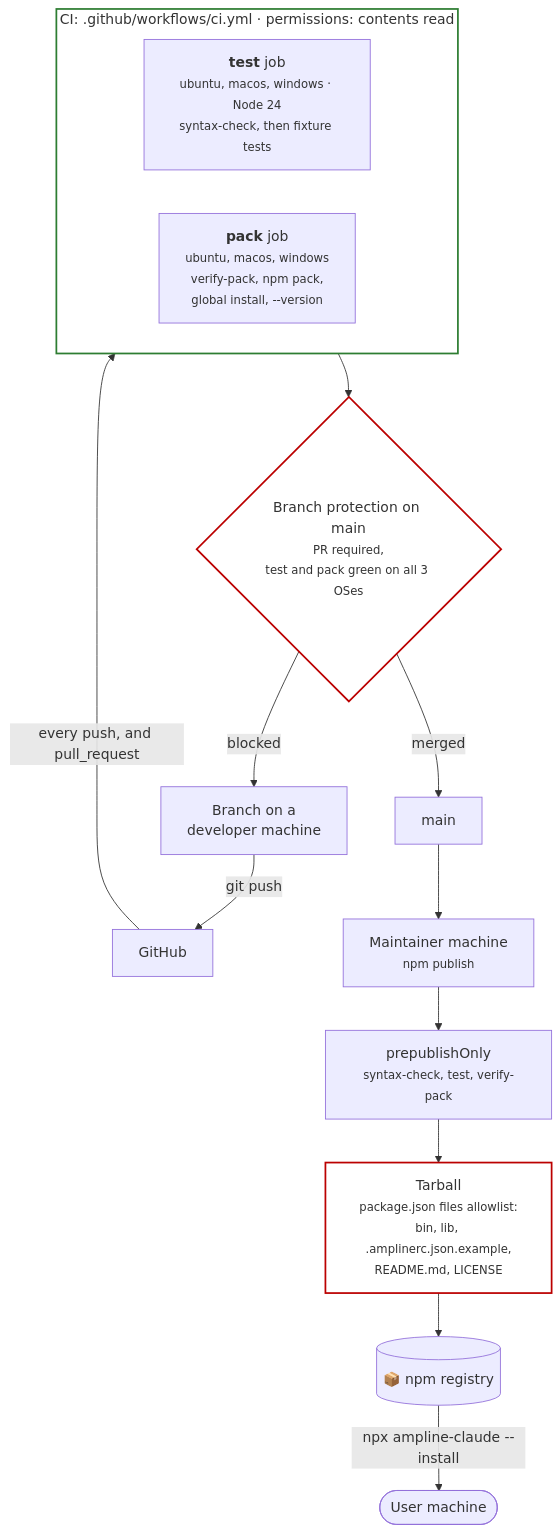
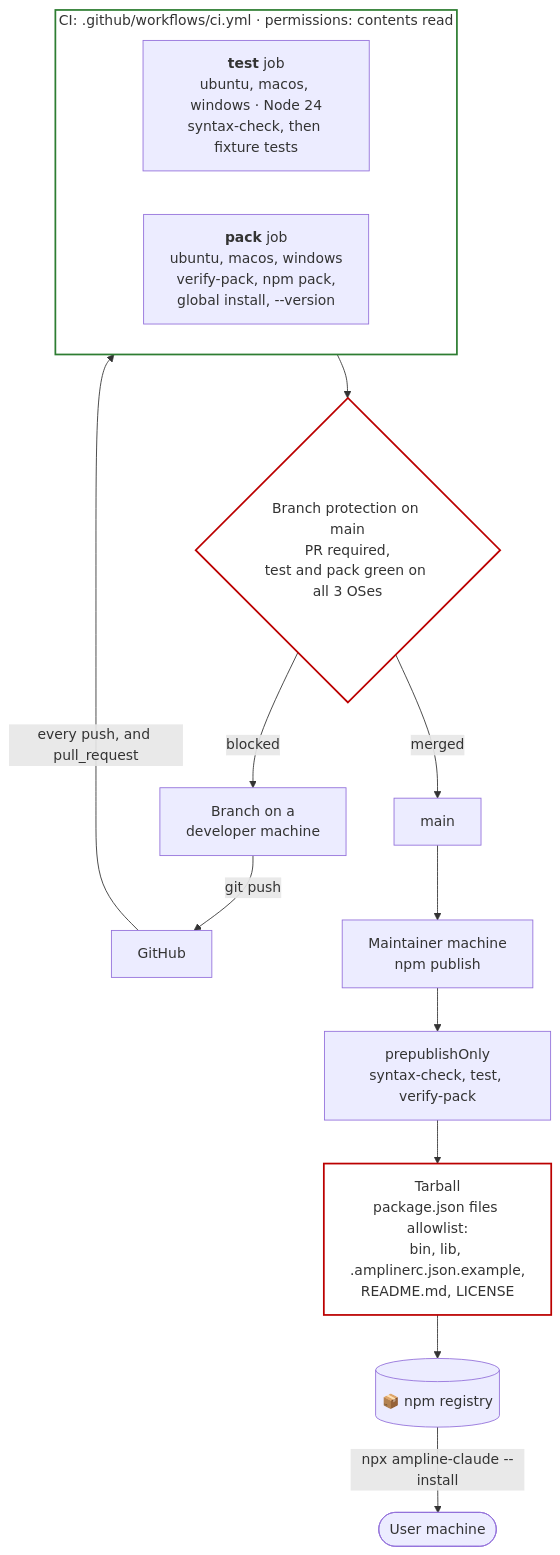
One commit to carterptull/ampline-claude changed the first of 2 diagrams in diagrams/deployment-security.md. Above: the diagram before and after it, drawn with Mermaid. The commit also changed other lines of this file and 6 other files, not shown here.

Commit message:
docs: remove small tags from all diagrams and note why in the syntax rules

````diff
--- a/diagrams/deployment-security.md
+++ b/diagrams/deployment-security.md
@@ -11,25 +11,25 @@
 ```mermaid
 flowchart TB
     dev["Branch on a<br/>developer machine"] -->|"git push"| gh["GitHub"]
     gh -->|"every push, and pull_request"| ci
 
     subgraph ci["CI: .github/workflows/ci.yml · permissions: contents read"]
         direction LR
-        test["<b>test</b> job<br/><small>ubuntu, macos, windows · Node 24<br/>syntax-check, then fixture tests</small>"]
-        pack["<b>pack</b> job<br/><small>ubuntu, macos, windows<br/>verify-pack, npm pack,<br/>global install, --version</small>"]
+        test["<b>test</b> job<br/>ubuntu, macos, windows · Node 24<br/>syntax-check, then fixture tests"]
+        pack["<b>pack</b> job<br/>ubuntu, macos, windows<br/>verify-pack, npm pack,<br/>global install, --version"]
     end
 
-    ci --> gate{"Branch protection on main<br/><small>PR required,<br/>test and pack green on all 3 OSes</small>"}
+    ci --> gate{"Branch protection on main<br/>PR required,<br/>test and pack green on all 3 OSes"}
     gate -->|"blocked"| dev
     gate -->|"merged"| main["main"]
 
-    main --> maint["Maintainer machine<br/><small>npm publish</small>"]
-    maint --> pre["prepublishOnly<br/><small>syntax-check, test, verify-pack</small>"]
-    pre --> tar["Tarball<br/><small>package.json files allowlist:<br/>bin, lib, .amplinerc.json.example,<br/>README.md, LICENSE</small>"]
+    main --> maint["Maintainer machine<br/>npm publish"]
+    maint --> pre["prepublishOnly<br/>syntax-check, test, verify-pack"]
+    pre --> tar["Tarball<br/>package.json files allowlist:<br/>bin, lib, .amplinerc.json.example,<br/>README.md, LICENSE"]
     tar --> npm[("📦 npm registry")]
     npm -->|"npx ampline-claude --install"| user(["User machine"])
 
     style ci fill:transparent,stroke:#2E7D32,stroke-width:2px
     style gate fill:transparent,stroke:#BB0000,stroke-width:2px
     style tar fill:transparent,stroke:#BB0000,stroke-width:2px
 ```
````
